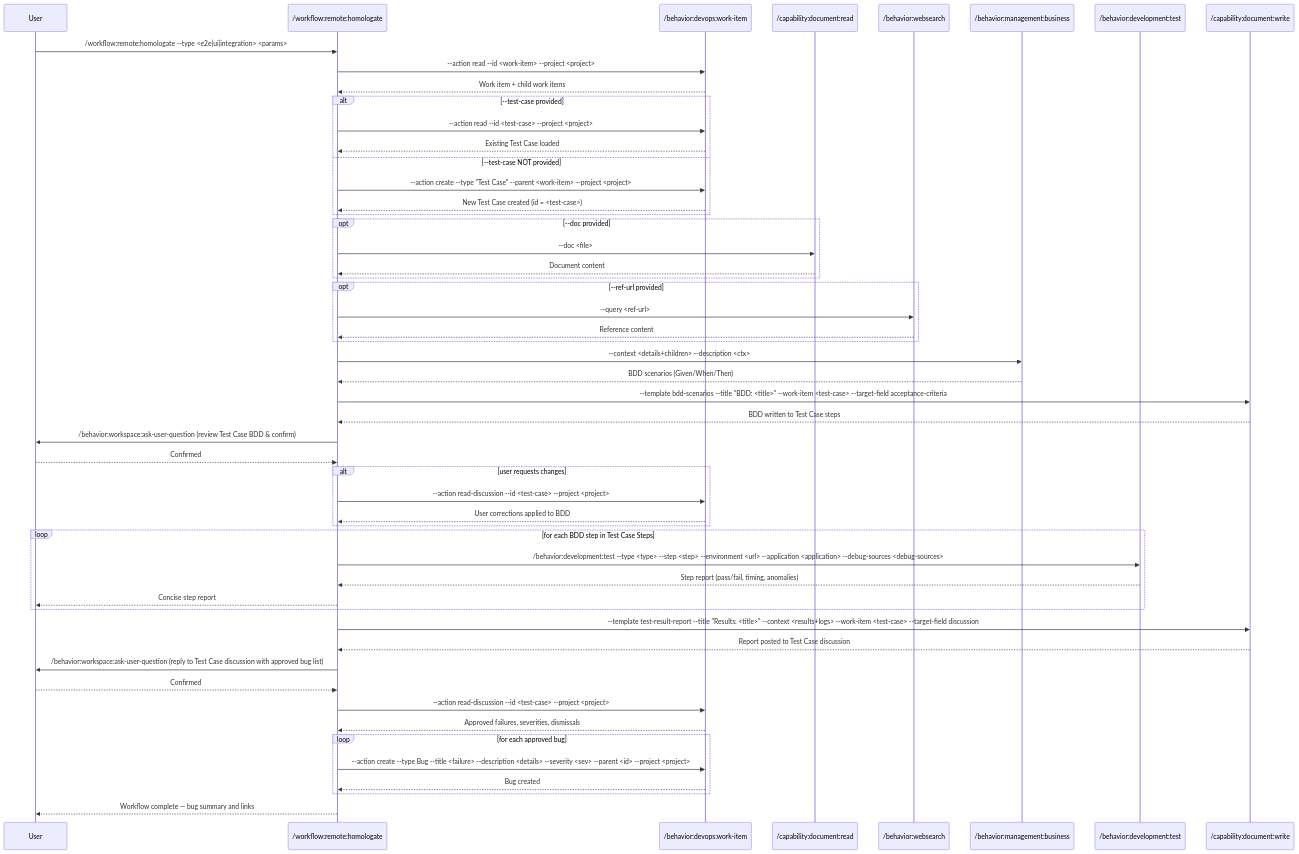
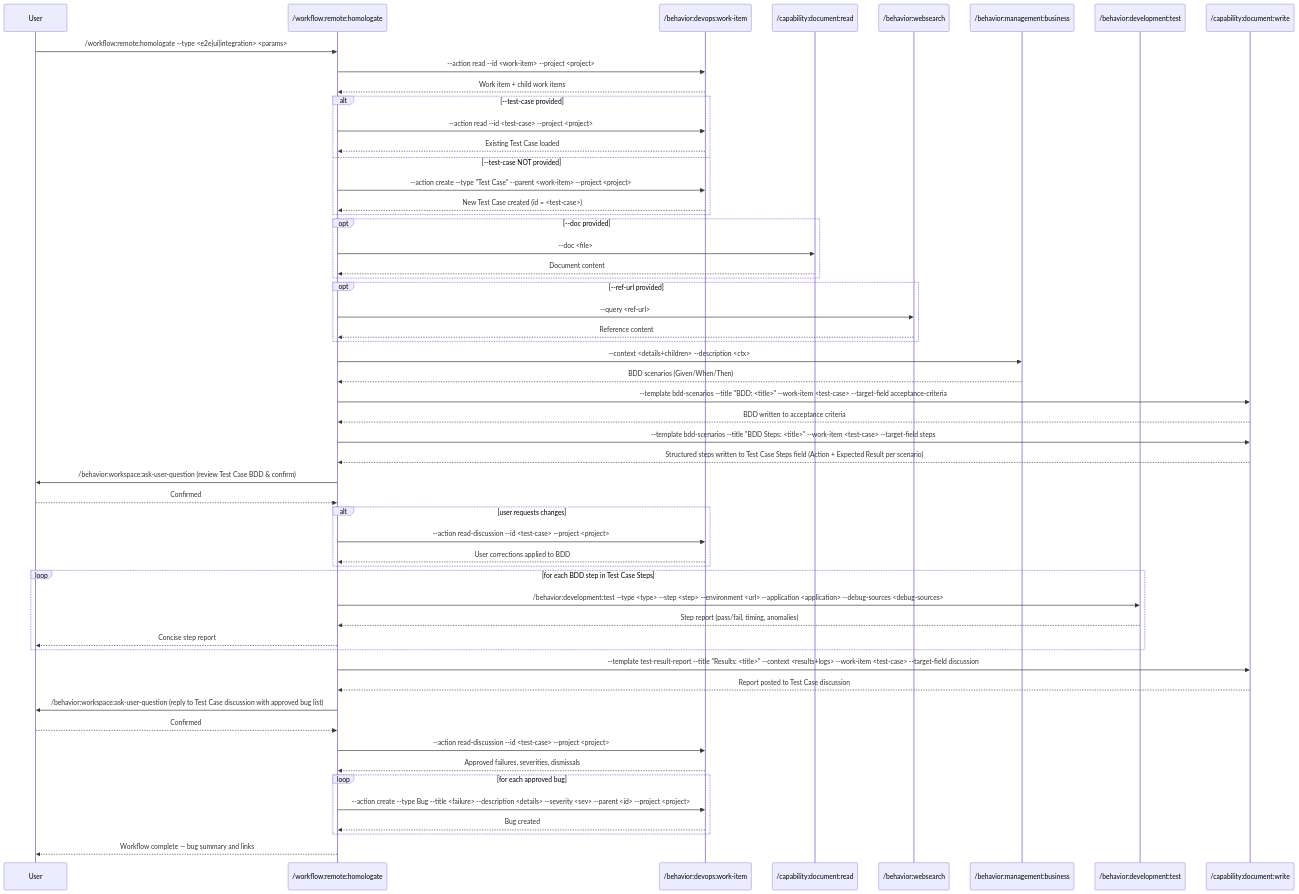
One commit to zzaia/zzaia-agentic-workspace changed the diagram in .claude/commands/workflow/remote/homologate.md. Above: the diagram before and after it, drawn with Mermaid. The commit also changed other lines of this file and 3 other files, not shown here.

Commit message:
Improving the homologate work flow;

````diff
--- a/.claude/commands/workflow/remote/homologate.md
+++ b/.claude/commands/workflow/remote/homologate.md
@@ -132,56 +148,58 @@
 ```mermaid
 sequenceDiagram
     participant U as User
     participant W as /workflow:remote:homologate
     participant WI as /behavior:devops:work-item
     participant DR as /capability:document:read
     participant WS as /behavior:websearch
     participant BDD as /behavior:management:business
     participant TST as /behavior:development:test
     participant DW as /capability:document:write
 
     U->>W: /workflow:remote:homologate --type <e2e|ui|integration> <params>
     W->>WI: --action read --id <work-item> --project <project>
     WI-->>W: Work item + child work items
     alt --test-case provided
         W->>WI: --action read --id <test-case> --project <project>
         WI-->>W: Existing Test Case loaded
     else --test-case NOT provided
         W->>WI: --action create --type "Test Case" --parent <work-item> --project <project>
         WI-->>W: New Test Case created (id = <test-case>)
     end
     opt --doc provided
         W->>DR: --doc <file>
         DR-->>W: Document content
     end
     opt --ref-url provided
         W->>WS: --query <ref-url>
         WS-->>W: Reference content
     end
     W->>BDD: --context <details+children> --description <ctx>
     BDD-->>W: BDD scenarios (Given/When/Then)
     W->>DW: --template bdd-scenarios --title "BDD: <title>" --work-item <test-case> --target-field acceptance-criteria
-    DW-->>W: BDD written to Test Case steps
+    DW-->>W: BDD written to acceptance criteria
+    W->>DW: --template bdd-scenarios --title "BDD Steps: <title>" --work-item <test-case> --target-field steps
+    DW-->>W: Structured steps written to Test Case Steps field (Action + Expected Result per scenario)
     W->>U: /behavior:workspace:ask-user-question (review Test Case BDD & confirm)
     U-->>W: Confirmed
     alt user requests changes
         W->>WI: --action read-discussion --id <test-case> --project <project>
         WI-->>W: User corrections applied to BDD
     end
     loop for each BDD step in Test Case Steps
         W->>TST: /behavior:development:test --type <type> --step <step> --environment <url> --application <application> --debug-sources <debug-sources>
         TST-->>W: Step report (pass/fail, timing, anomalies)
         W-->>U: Concise step report
     end
     W->>DW: --template test-result-report --title "Results: <title>" --context <results+logs> --work-item <test-case> --target-field discussion
     DW-->>W: Report posted to Test Case discussion
     W->>U: /behavior:workspace:ask-user-question (reply to Test Case discussion with approved bug list)
     U-->>W: Confirmed
     W->>WI: --action read-discussion --id <test-case> --project <project>
     WI-->>W: Approved failures, severities, dismissals
     loop for each approved bug
         W->>WI: --action create --type Bug --title <failure> --description <details> --severity <sev> --parent <id> --project <project>
         WI-->>W: Bug created
     end
     W-->>U: Workflow complete — bug summary and links
 ```
````
